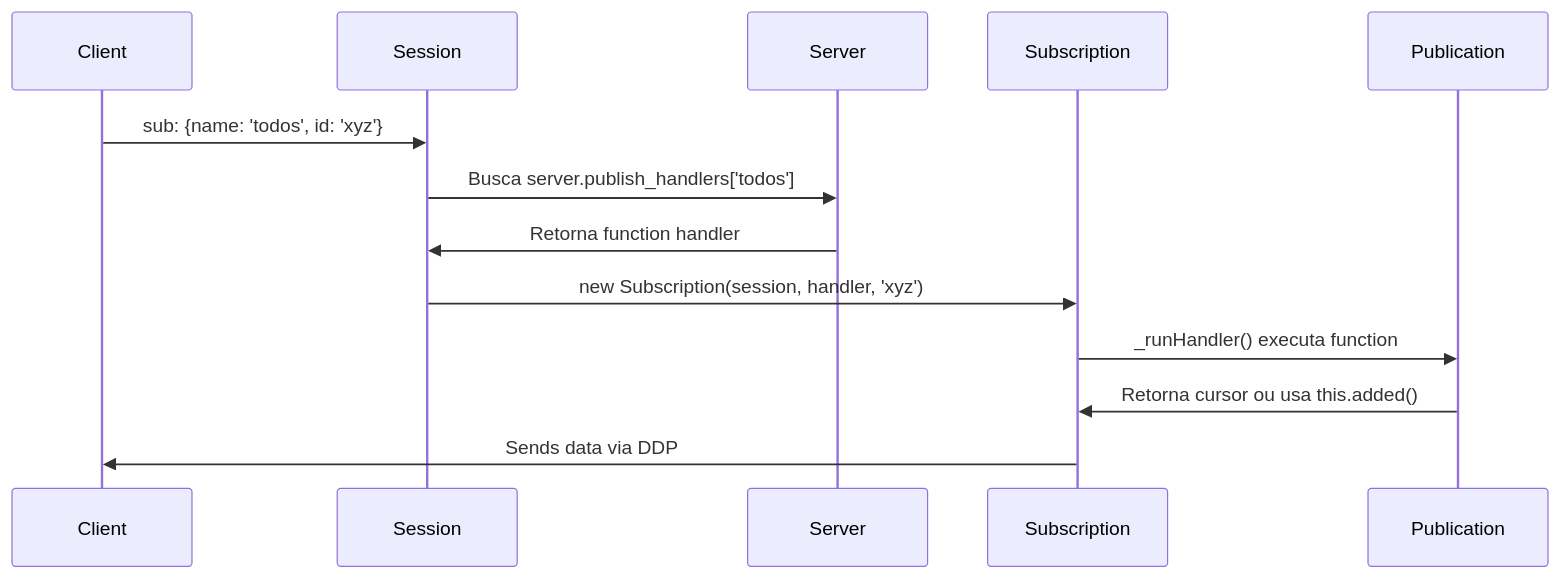
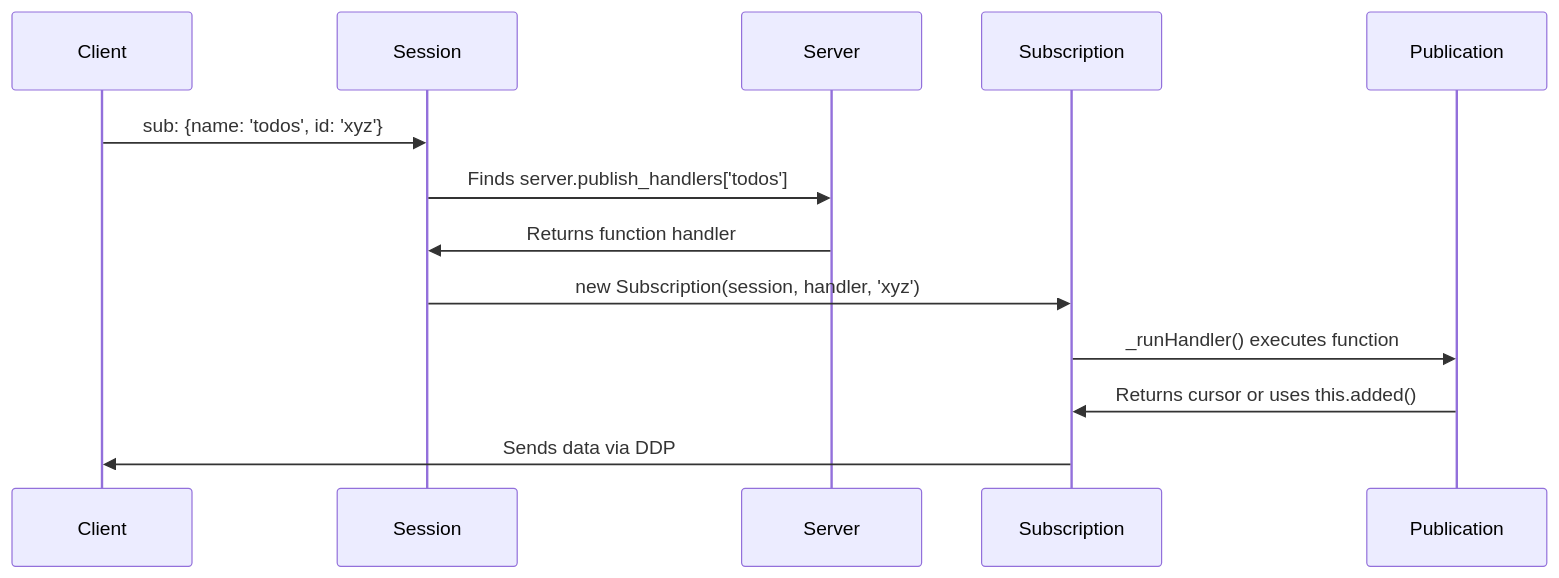
The seventh of 15 diagrams in readme.md (italojs/ddp-blog-post), drawn with Mermaid before and after one commit. The commit also changed other lines of this file, not shown here.

````diff
--- a/readme.md
+++ b/readme.md
@@ -880,16 +880,16 @@
 ```mermaid
 sequenceDiagram
     participant Client
     participant Session
     participant Server
     participant Subscription
     participant Publication
     
     Client->>Session: sub: {name: 'todos', id: 'xyz'}
-    Session->>Server: Busca server.publish_handlers['todos']
-    Server->>Session: Retorna function handler
+    Session->>Server: Finds server.publish_handlers['todos']
+    Server->>Session: Returns function handler
     Session->>Subscription: new Subscription(session, handler, 'xyz')
-    Subscription->>Publication: _runHandler() executa function
-    Publication->>Subscription: Retorna cursor ou usa this.added()
+    Subscription->>Publication: _runHandler() executes function
+    Publication->>Subscription: Returns cursor or uses this.added()
     Subscription->>Client: Sends data via DDP
 ```
````
